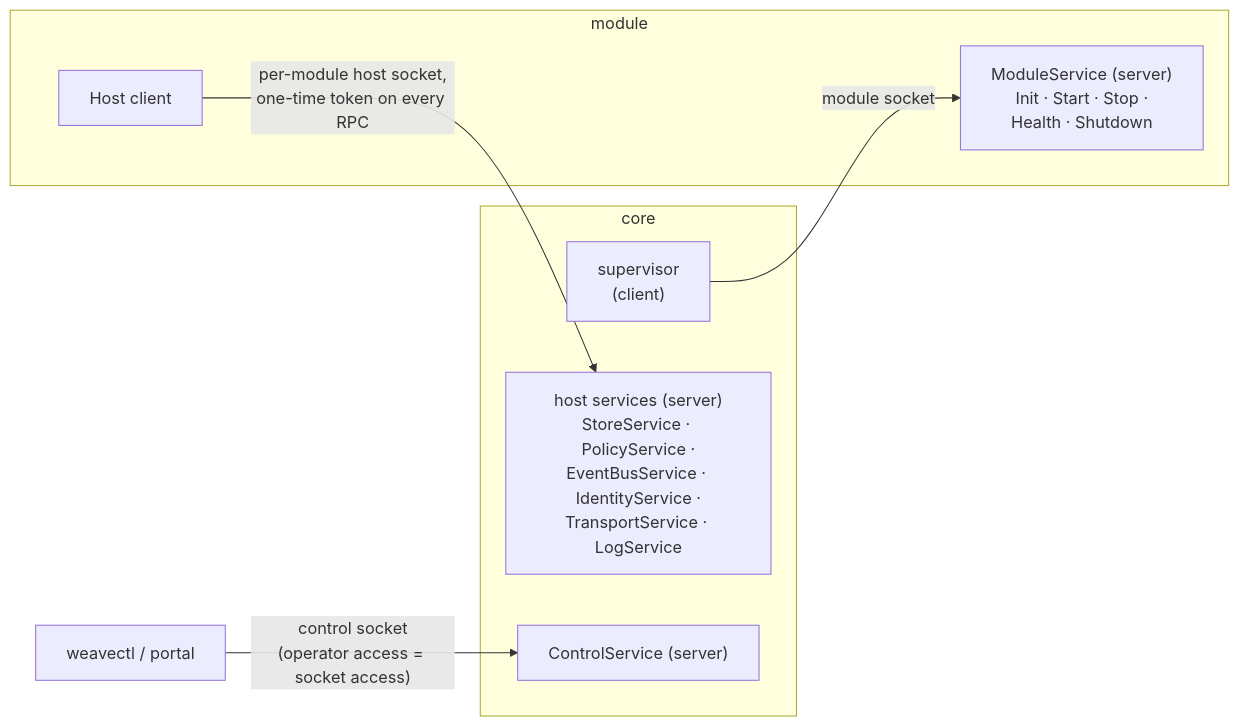
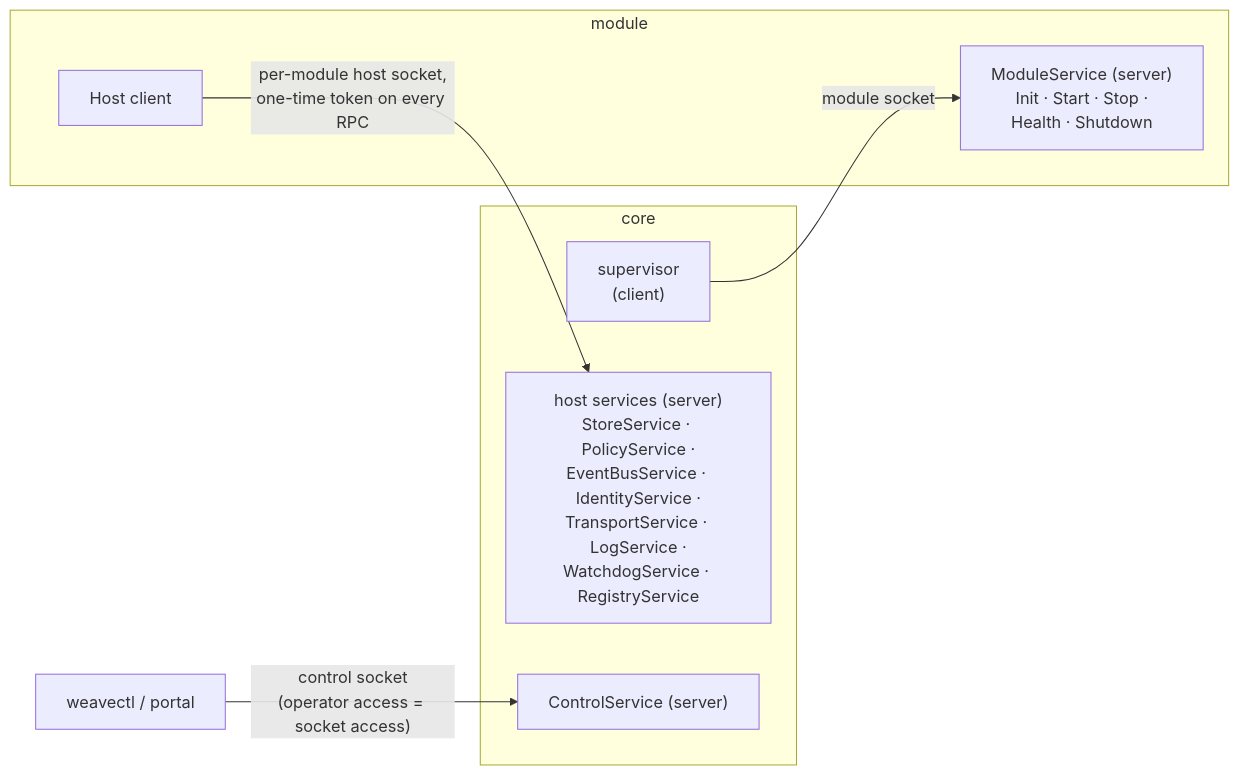
Before and after one commit to weaveplatform/weaveplatform-agent-core: the diagram in docs/services.md, drawn with Mermaid. The commit also changed other lines of this file and 31 other files, not shown here.

````diff
--- a/docs/services.md
+++ b/docs/services.md
@@ -8,17 +8,17 @@
 ```mermaid
 flowchart LR
     subgraph core
         sup["supervisor<br/>(client)"]
-        hs["host services (server)<br/>StoreService · PolicyService ·<br/>EventBusService · IdentityService ·<br/>TransportService · LogService"]
+        hs["host services (server)<br/>StoreService · PolicyService ·<br/>EventBusService · IdentityService ·<br/>TransportService · LogService ·<br/>WatchdogService · RegistryService"]
         cs["ControlService (server)"]
     end
     subgraph module
         ms["ModuleService (server)<br/>Init · Start · Stop ·<br/>Health · Shutdown"]
         hc["Host client"]
     end
     ops["weavectl / portal"]
 
     sup -->|"module socket"| ms
     hc -->|"per-module host socket,<br/>one-time token on every RPC"| hs
     ops -->|"control socket<br/>(operator access = socket access)"| cs
 ```
````
